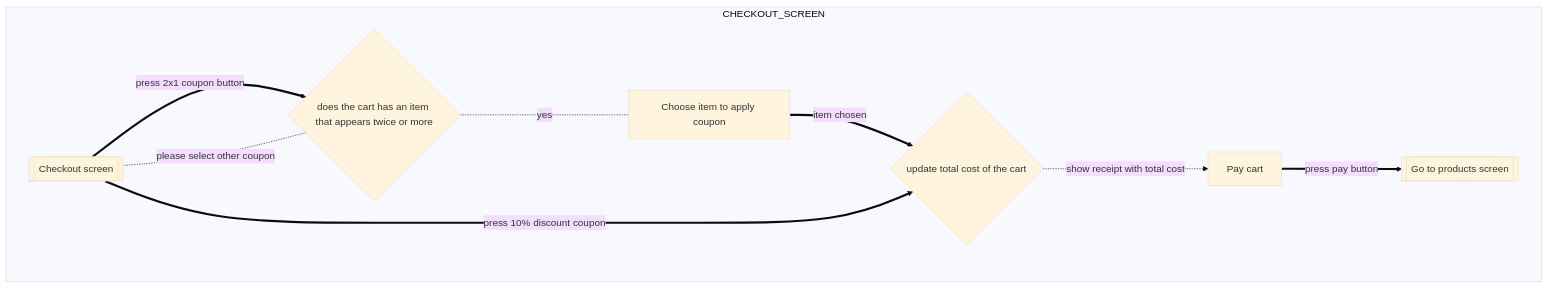
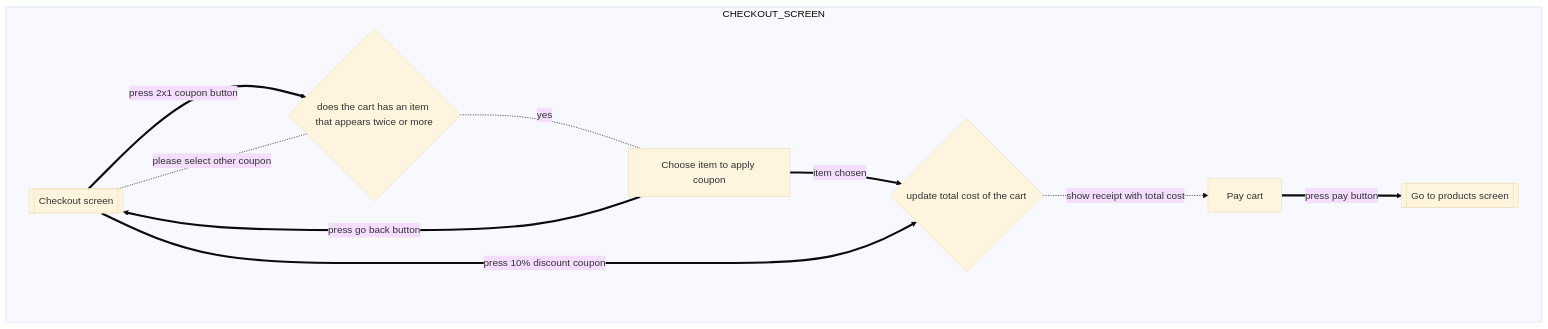
The fourth of 4 diagrams in flows.md (andre4352323/2452-pos), drawn with Mermaid (base theme) before and after one commit. The commit also changed 39 other files, not shown here.

```diff
--- a/flows.md
+++ b/flows.md
@@ -71,17 +71,18 @@
 :::mermaid
 flowchart
 
     subgraph CHECKOUT_SCREEN
         
         start[[Checkout screen]] == press 2x1 coupon button==> valid
         valid{does the cart has an item that appears twice or more}
         valid -. yes .- select[Choose item to apply coupon]
         valid -. please select other coupon .- start
         select == item chosen ==> update{update total cost of the cart} 
+        select == press go back button ==> start
         update -. show receipt with total cost  .-> pay[Pay cart]
         start == press 10% discount coupon ==> update
 
         pay == press pay button ==> complete[[Go to products screen]]
     
     end
 :::
```
